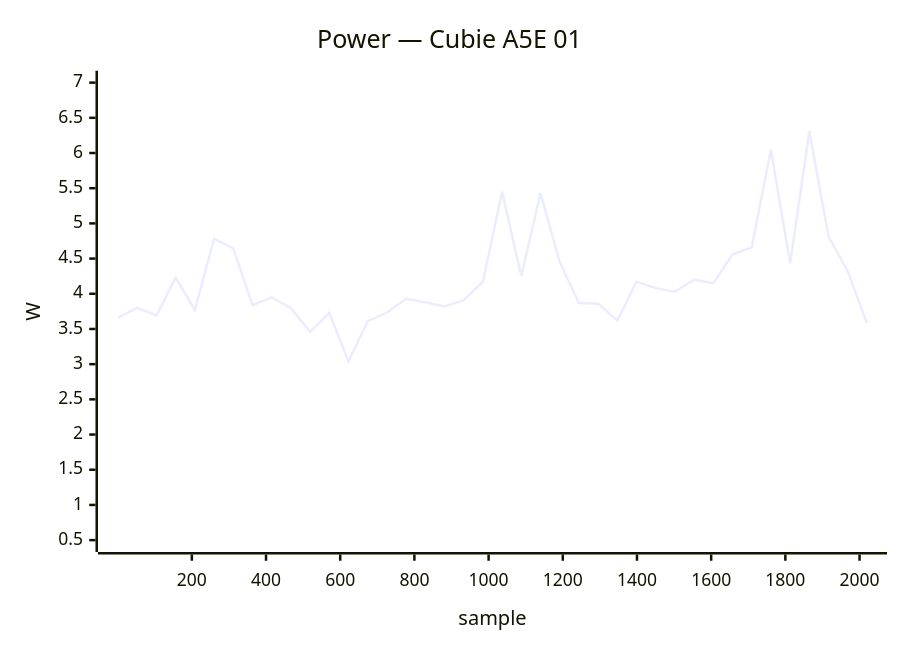
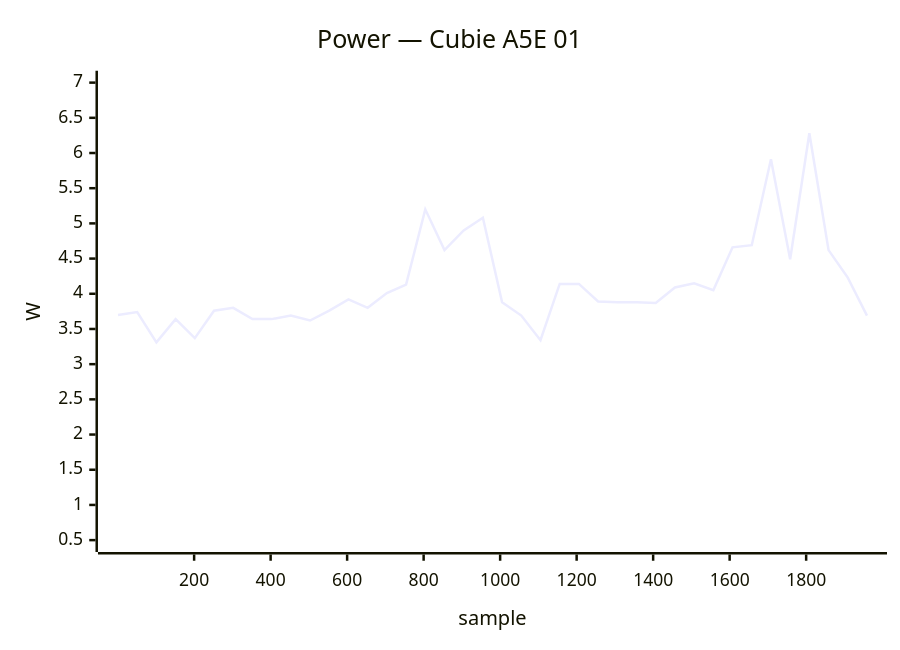
One commit to armbian/documentation changed diagram 13 of 40 in docs/status/board-tests.md. Above: the diagram before and after it, drawn with Mermaid. The commit also changed other lines of this file, not shown here.

````diff
--- a/docs/status/board-tests.md
+++ b/docs/status/board-tests.md
@@ -558,7 +568,7 @@
 ```mermaid
 xychart-beta
     title "Power — Cubie A5E 01"
-    x-axis "sample" 1 --> 2020
+    x-axis "sample" 1 --> 1959
     y-axis "W" 0.5 --> 7.0
-    line [3.66, 3.80, 3.69, 4.23, 3.77, 4.78, 4.65, 3.84, 3.95, 3.80, 3.46, 3.73, 3.04, 3.61, 3.73, 3.93, 3.88, 3.82, 3.91, 4.17, 5.45, 4.25, 5.43, 4.45, 3.87, 3.86, 3.62, 4.17, 4.08, 4.03, 4.20, 4.15, 4.56, 4.66, 6.05, 4.43, 6.31, 4.81, 4.32, 3.58]
+    line [3.70, 3.74, 3.31, 3.64, 3.37, 3.76, 3.80, 3.64, 3.64, 3.69, 3.62, 3.76, 3.92, 3.80, 4.01, 4.13, 5.20, 4.62, 4.90, 5.08, 3.88, 3.69, 3.34, 4.14, 4.14, 3.89, 3.88, 3.88, 3.87, 4.09, 4.15, 4.05, 4.66, 4.69, 5.91, 4.49, 6.28, 4.62, 4.23, 3.69]
 ```
````
